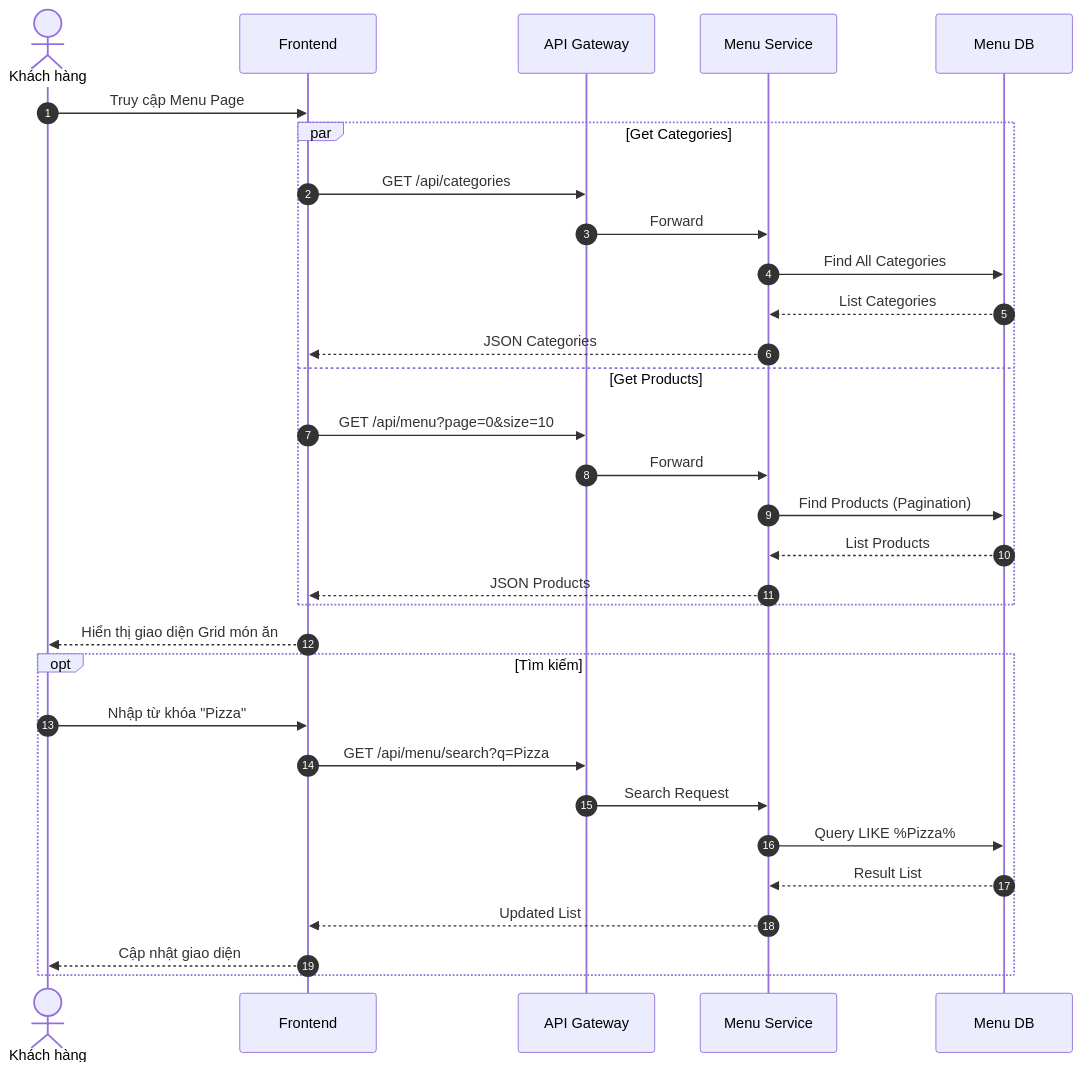
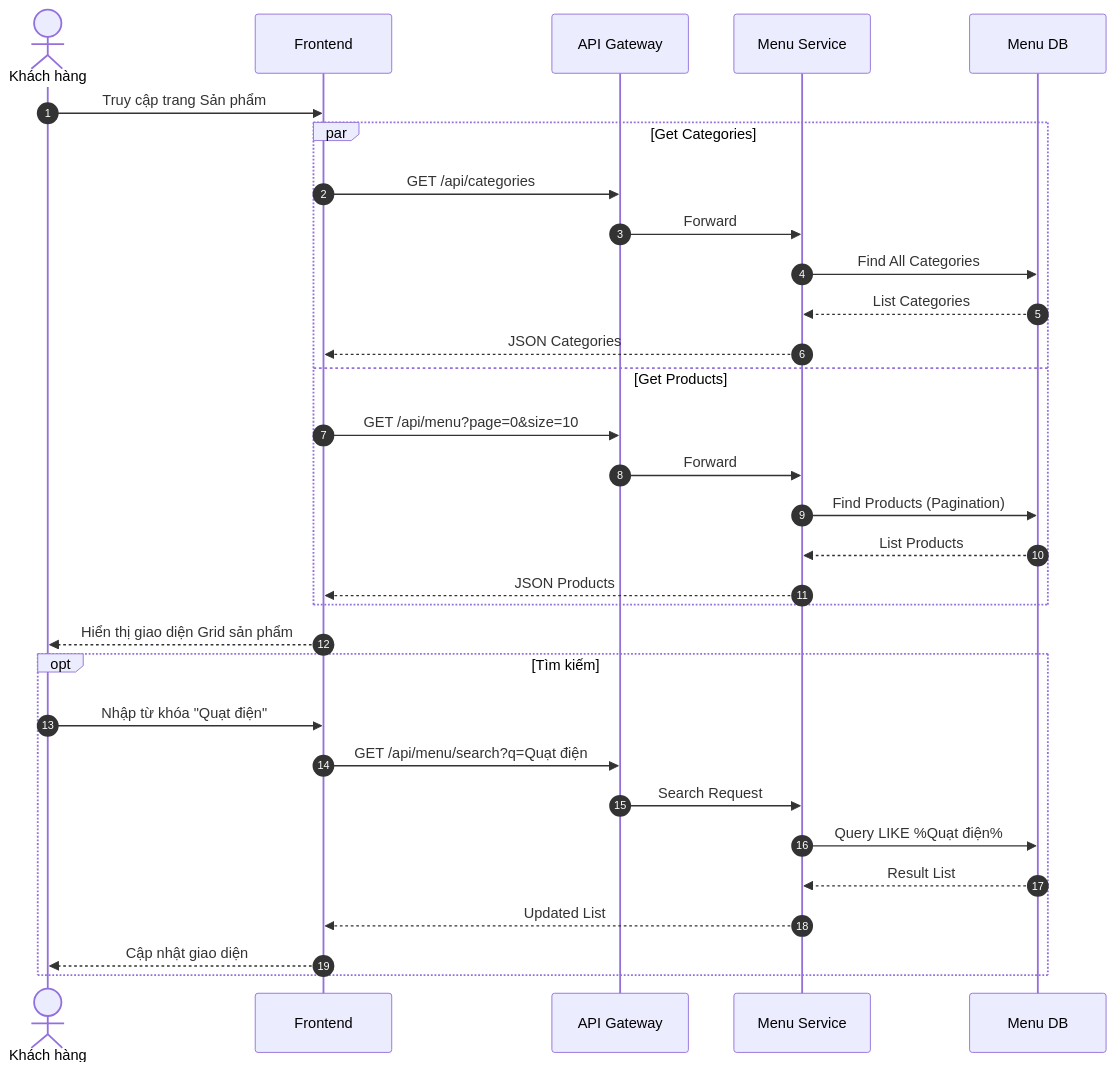
The third of 6 diagrams in MO_TA_CHI_TIET_CHUC_NANG.md (sonfithaui04-del/bachhome-ecommerce), drawn with Mermaid before and after one commit. The commit also changed other lines of this file and 25 other files, not shown here.

````diff
--- a/MO_TA_CHI_TIET_CHUC_NANG.md
+++ b/MO_TA_CHI_TIET_CHUC_NANG.md
@@ -175,35 +175,35 @@
 ```mermaid
 sequenceDiagram
     autonumber
     actor U as Khách hàng
     participant FE as Frontend
     participant GW as API Gateway
     participant Menu as Menu Service
     participant DB as Menu DB
 
-    U->>FE: Truy cập Menu Page
+    U->>FE: Truy cập trang Sản phẩm
     par Get Categories
         FE->>GW: GET /api/categories
         GW->>Menu: Forward
         Menu->>DB: Find All Categories
         DB-->>Menu: List Categories
         Menu-->>FE: JSON Categories
     and Get Products
         FE->>GW: GET /api/menu?page=0&size=10
         GW->>Menu: Forward
         Menu->>DB: Find Products (Pagination)
         DB-->>Menu: List Products
         Menu-->>FE: JSON Products
     end
-    FE-->>U: Hiển thị giao diện Grid món ăn
+    FE-->>U: Hiển thị giao diện Grid sản phẩm
     
     opt Tìm kiếm
-        U->>FE: Nhập từ khóa "Pizza"
-        FE->>GW: GET /api/menu/search?q=Pizza
+        U->>FE: Nhập từ khóa "Quạt điện"
+        FE->>GW: GET /api/menu/search?q=Quạt điện
         GW->>Menu: Search Request
-        Menu->>DB: Query LIKE %Pizza%
+        Menu->>DB: Query LIKE %Quạt điện%
         DB-->>Menu: Result List
         Menu-->>FE: Updated List
         FE-->>U: Cập nhật giao diện
     end
 ```
````
